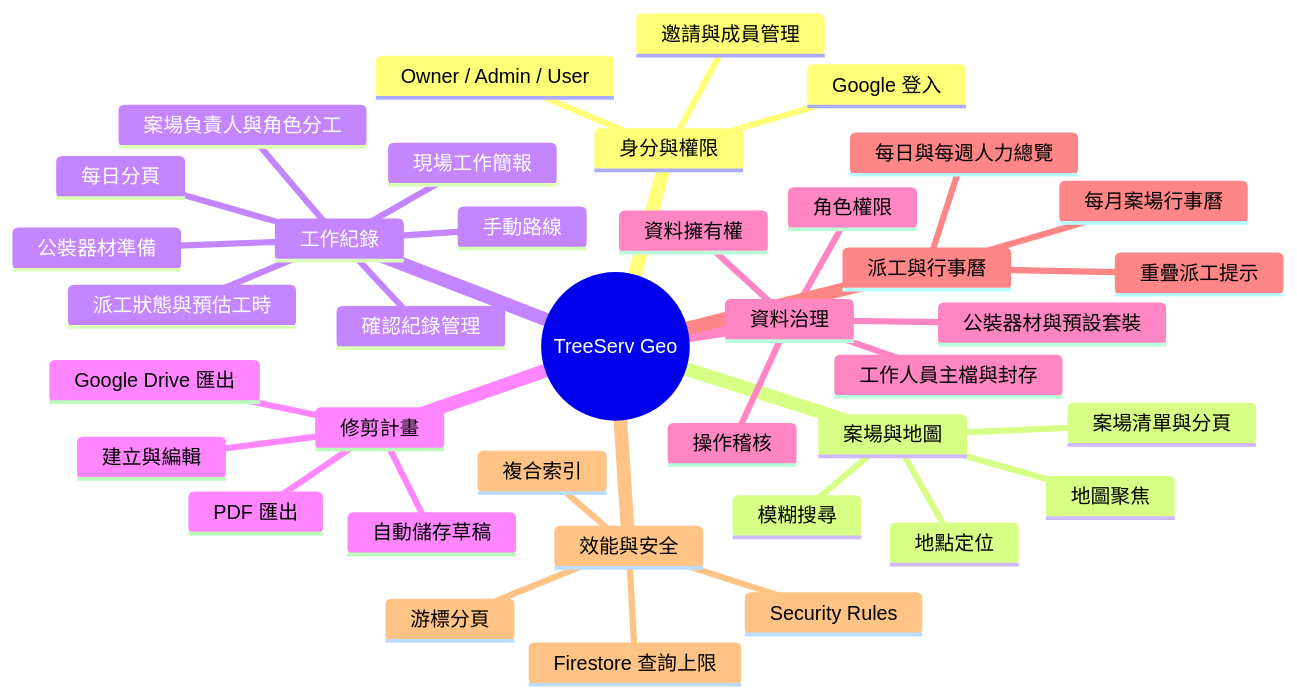
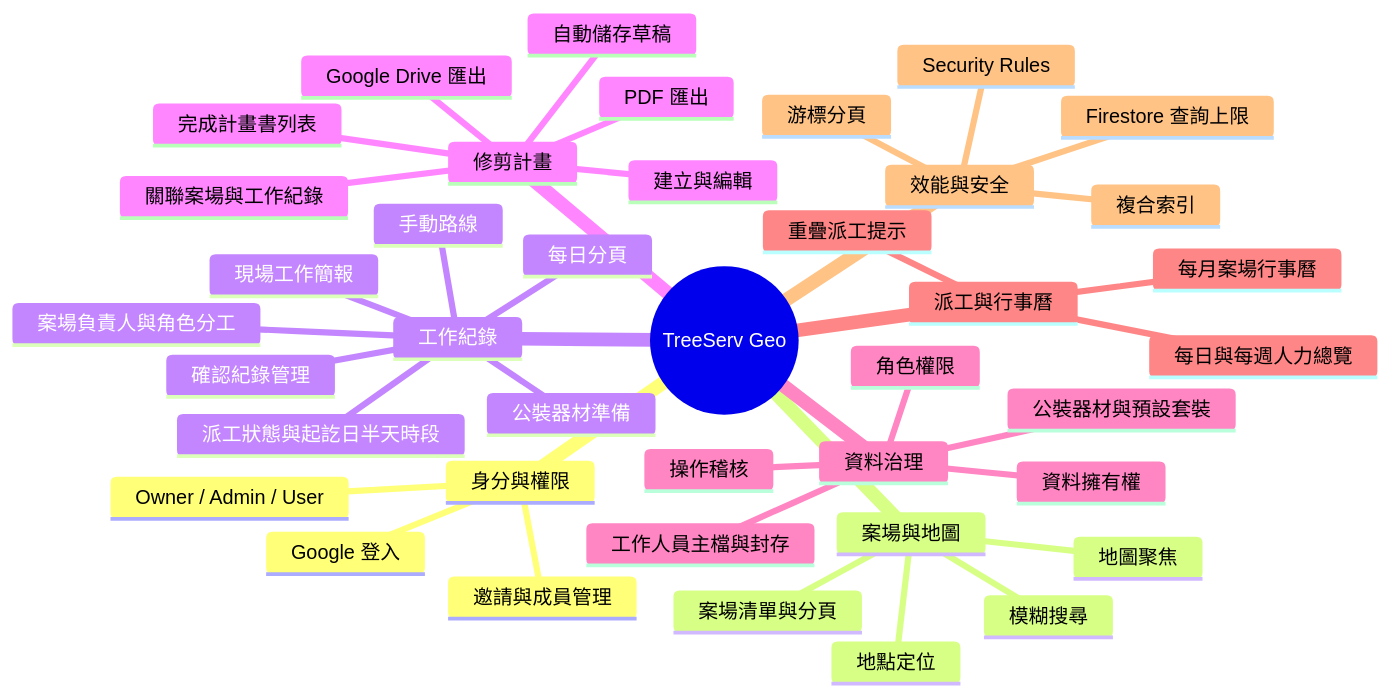
The second of 2 diagrams in docs/system-architecture.md (jonic70134/TreeServ_Geo), drawn with Mermaid before and after one commit. The commit also changed other lines of this file and 9 other files, not shown here.

````diff
--- a/docs/system-architecture.md
+++ b/docs/system-architecture.md
@@ -22,41 +22,43 @@
 ```mermaid
 mindmap
   root((TreeServ Geo))
     身分與權限
       Google 登入
       Owner / Admin / User
       邀請與成員管理
     案場與地圖
       案場清單與分頁
       地點定位
       模糊搜尋
       地圖聚焦
     工作紀錄
       每日分頁
-      派工狀態與預估工時
+      派工狀態與起訖日半天時段
       案場負責人與角色分工
       公裝器材準備
       確認紀錄管理
       手動路線
       現場工作簡報
     修剪計畫
       建立與編輯
+      關聯案場與工作紀錄
+      完成計畫書列表
       自動儲存草稿
       PDF 匯出
       Google Drive 匯出
     資料治理
       工作人員主檔與封存
       公裝器材與預設套裝
       資料擁有權
       角色權限
       操作稽核
     派工與行事曆
       每日與每週人力總覽
       每月案場行事曆
       重疊派工提示
     效能與安全
       Firestore 查詢上限
       游標分頁
       Security Rules
       複合索引
 ```
````
